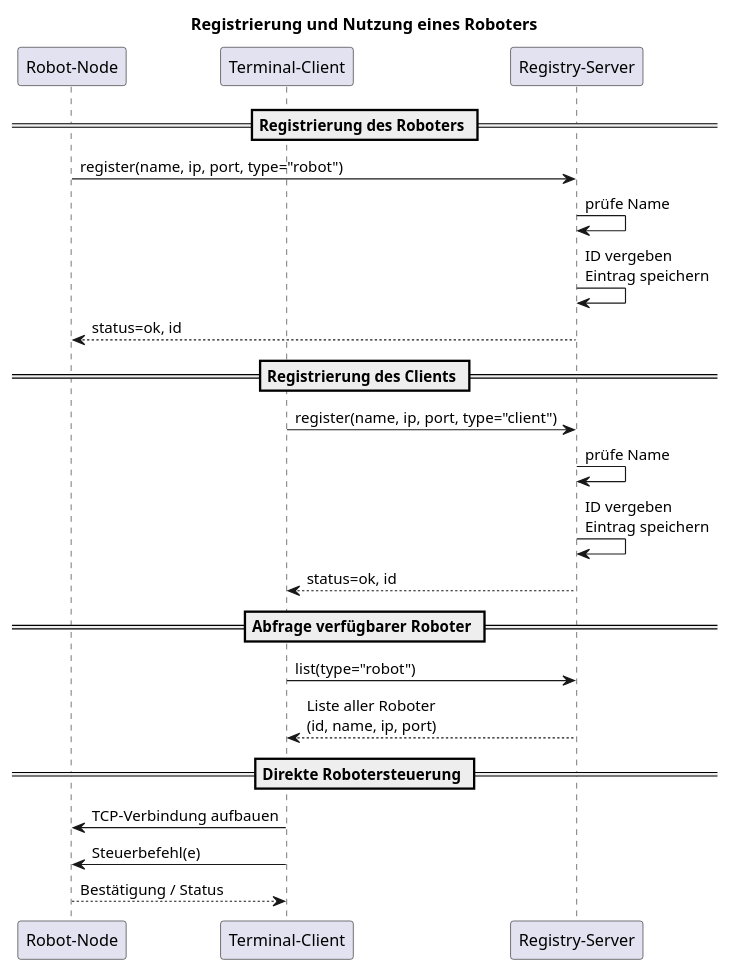
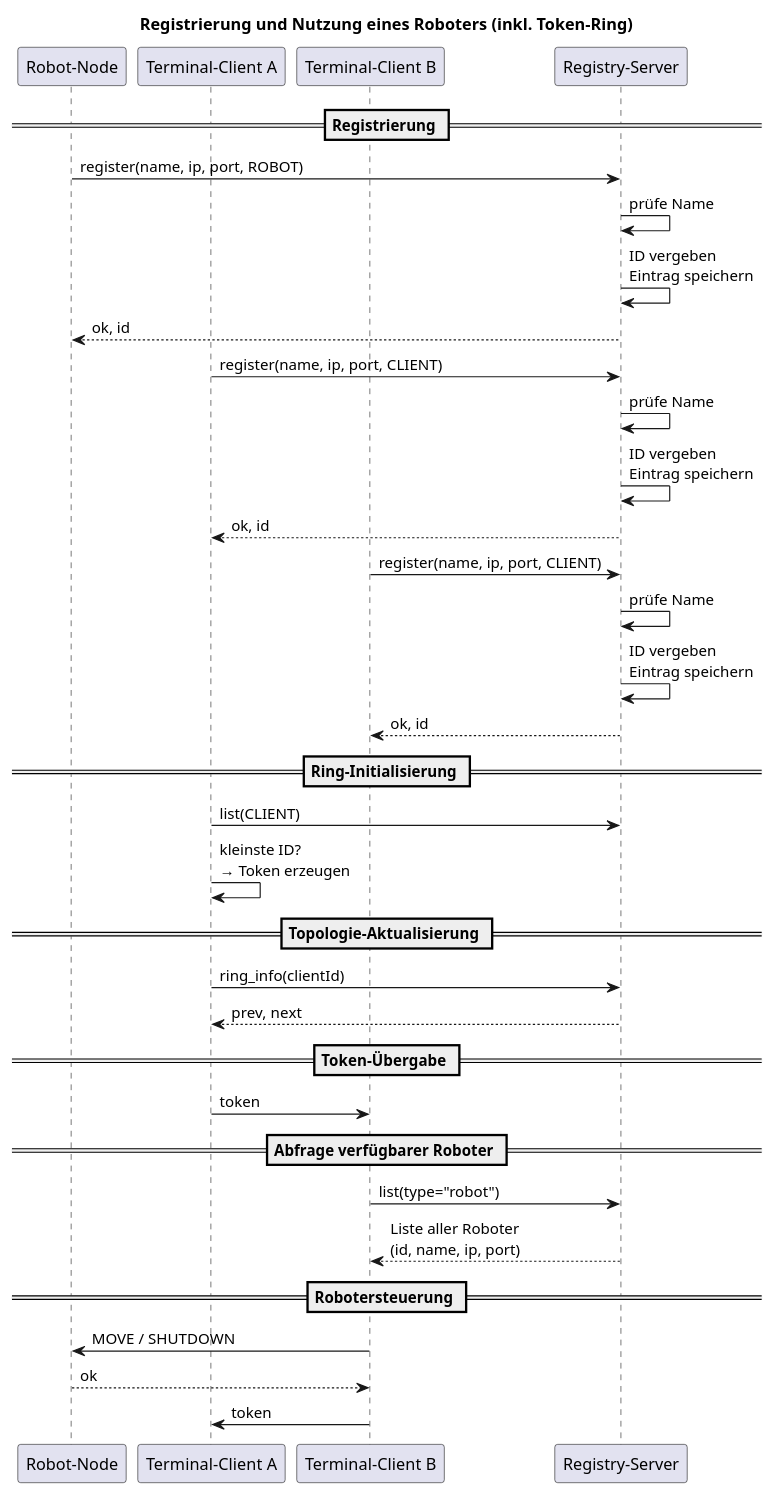
The diagram in pr3/sequenzdiagramm.puml (torbenrathje/vs_ws25_janice_torben), drawn with PlantUML before and after one commit. The commit also changed other lines of this file and 5 other files, not shown here.

Commit message:
Sequenzdiagramm + Doku

```diff
--- a/pr3/sequenzdiagramm.puml
+++ b/pr3/sequenzdiagramm.puml
@@ -1,29 +1,47 @@
 @startuml
-title Registrierung und Nutzung eines Roboters
+title Registrierung und Nutzung eines Roboters (inkl. Token-Ring)
 
 participant "Robot-Node" as Robot
-participant "Terminal-Client" as Client
+participant "Terminal-Client A" as ClientA
+participant "Terminal-Client B" as ClientB
 participant "Registry-Server" as Registry
 
-== Registrierung des Roboters ==
-Robot -> Registry : register(name, ip, port, type="robot")
+== Registrierung ==
+Robot -> Registry : register(name, ip, port, ROBOT)
 Registry -> Registry : prüfe Name
 Registry -> Registry : ID vergeben\nEintrag speichern
-Registry --> Robot : status=ok, id
+Registry --> Robot : ok, id
 
-== Registrierung des Clients ==
-Client -> Registry : register(name, ip, port, type="client")
+ClientA -> Registry : register(name, ip, port, CLIENT)
 Registry -> Registry : prüfe Name
 Registry -> Registry : ID vergeben\nEintrag speichern
-Registry --> Client : status=ok, id
+Registry --> ClientA : ok, id
+
+ClientB -> Registry : register(name, ip, port, CLIENT)
+Registry -> Registry : prüfe Name
+Registry -> Registry : ID vergeben\nEintrag speichern
+Registry --> ClientB : ok, id
+
+== Ring-Initialisierung ==
+ClientA -> Registry : list(CLIENT)
+ClientA -> ClientA : kleinste ID?\n→ Token erzeugen
+
+== Topologie-Aktualisierung ==
+ClientA -> Registry : ring_info(clientId)
+Registry --> ClientA : prev, next
+
+== Token-Übergabe ==
+ClientA -> ClientB : token
 
 == Abfrage verfügbarer Roboter ==
-Client -> Registry : list(type="robot")
-Registry --> Client : Liste aller Roboter\n(id, name, ip, port)
+ClientB -> Registry : list(type="robot")
+Registry --> ClientB : Liste aller Roboter\n(id, name, ip, port)
 
-== Direkte Robotersteuerung ==
-Client -> Robot : TCP-Verbindung aufbauen
-Client -> Robot : Steuerbefehl(e)
-Robot --> Client : Bestätigung / Status
+
+== Robotersteuerung ==
+ClientB -> Robot : MOVE / SHUTDOWN
+Robot --> ClientB : ok
+
+ClientB -> ClientA : token
 
 @enduml
```
